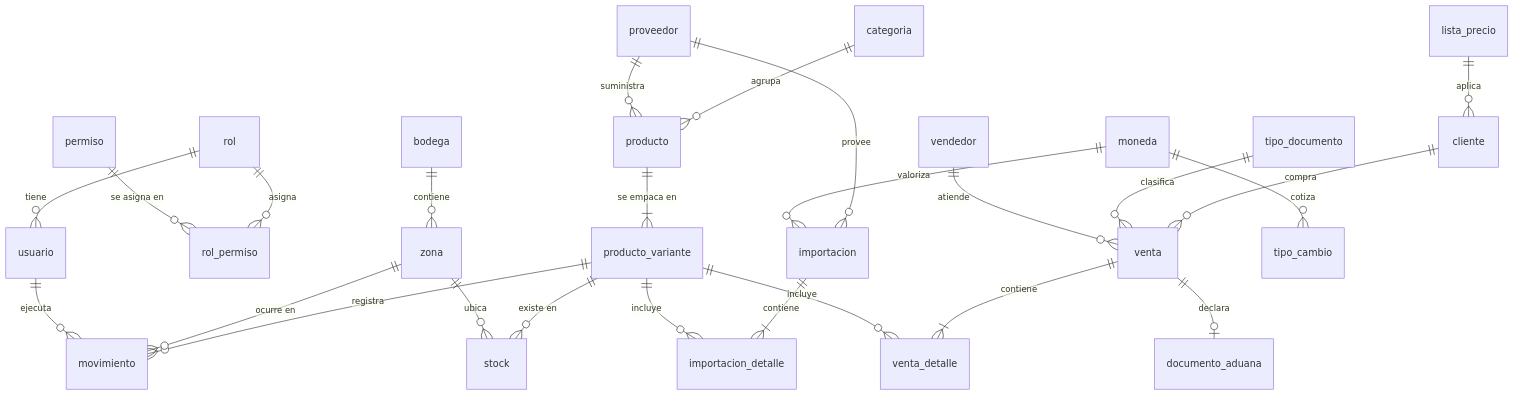
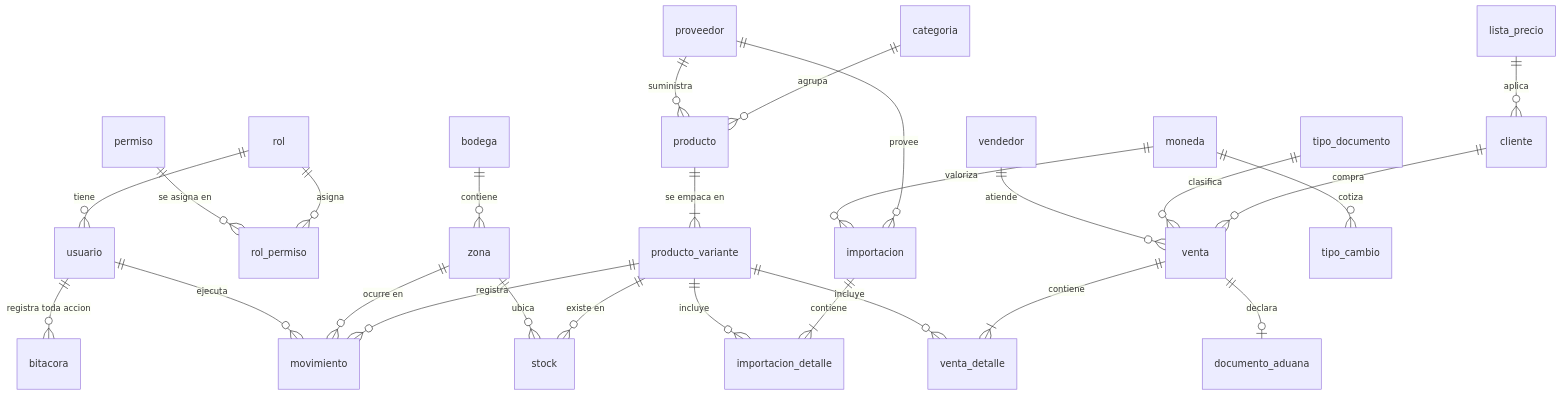
The fourth of 4 diagrams in BACKEND.md (dynamiccoding01/hongteng-prueba), drawn with Mermaid before and after one commit. The commit also changed other lines of this file and 18 other files, not shown here.

````diff
--- a/BACKEND.md
+++ b/BACKEND.md
@@ -347,32 +429,33 @@
 ```mermaid
 erDiagram
     rol ||--o{ usuario : tiene
     rol ||--o{ rol_permiso : asigna
     permiso ||--o{ rol_permiso : "se asigna en"
+    usuario ||--o{ bitacora : "registra toda accion"
 
     categoria ||--o{ producto : agrupa
     proveedor ||--o{ producto : suministra
     producto ||--|{ producto_variante : "se empaca en"
 
     bodega ||--o{ zona : contiene
     producto_variante ||--o{ stock : "existe en"
     zona ||--o{ stock : ubica
 
     producto_variante ||--o{ movimiento : registra
     zona ||--o{ movimiento : "ocurre en"
     usuario ||--o{ movimiento : ejecuta
 
     proveedor ||--o{ importacion : provee
     importacion ||--|{ importacion_detalle : contiene
     producto_variante ||--o{ importacion_detalle : incluye
     moneda ||--o{ importacion : valoriza
 
     cliente ||--o{ venta : compra
     tipo_documento ||--o{ venta : clasifica
     vendedor ||--o{ venta : atiende
     venta ||--|{ venta_detalle : contiene
     producto_variante ||--o{ venta_detalle : incluye
     venta ||--o| documento_aduana : declara
     moneda ||--o{ tipo_cambio : cotiza
     lista_precio ||--o{ cliente : aplica
 ```
````
